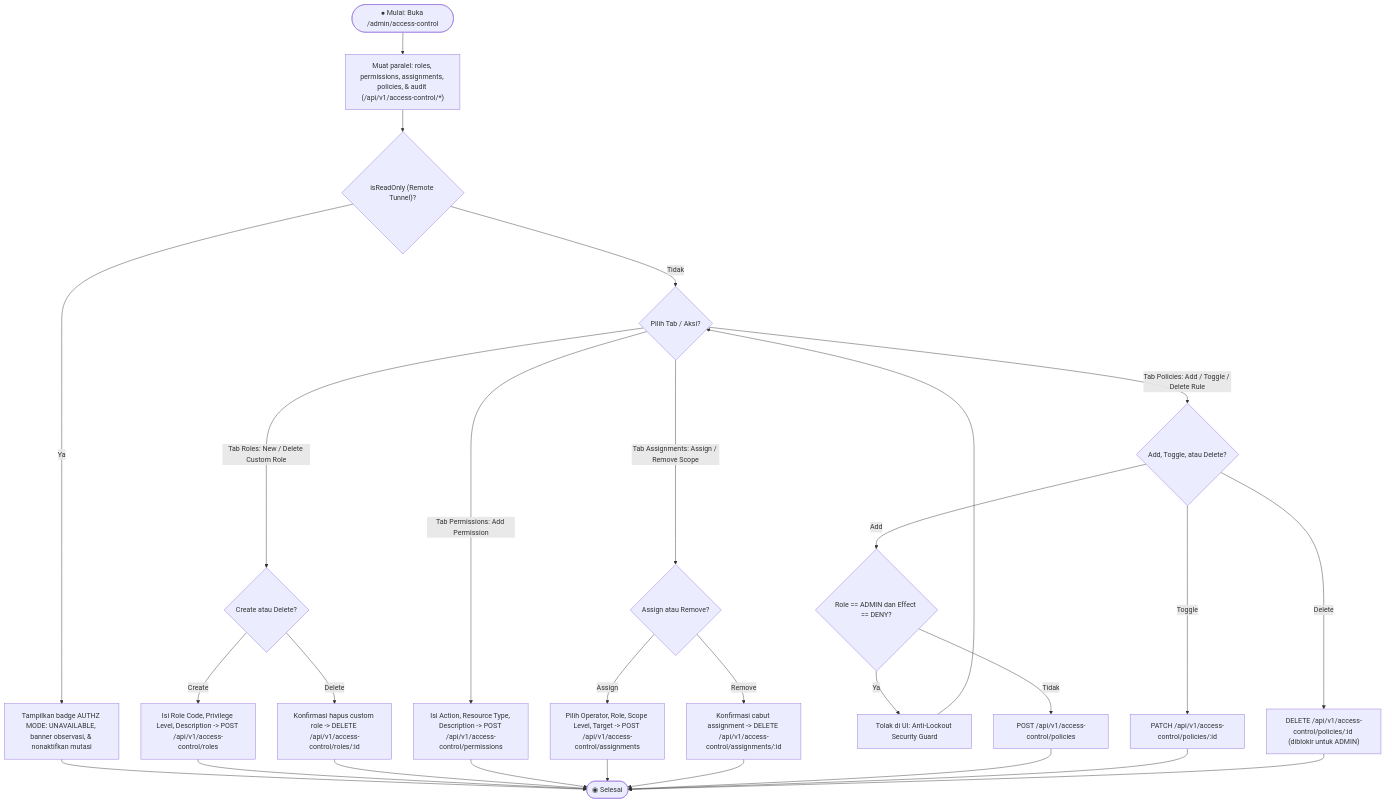
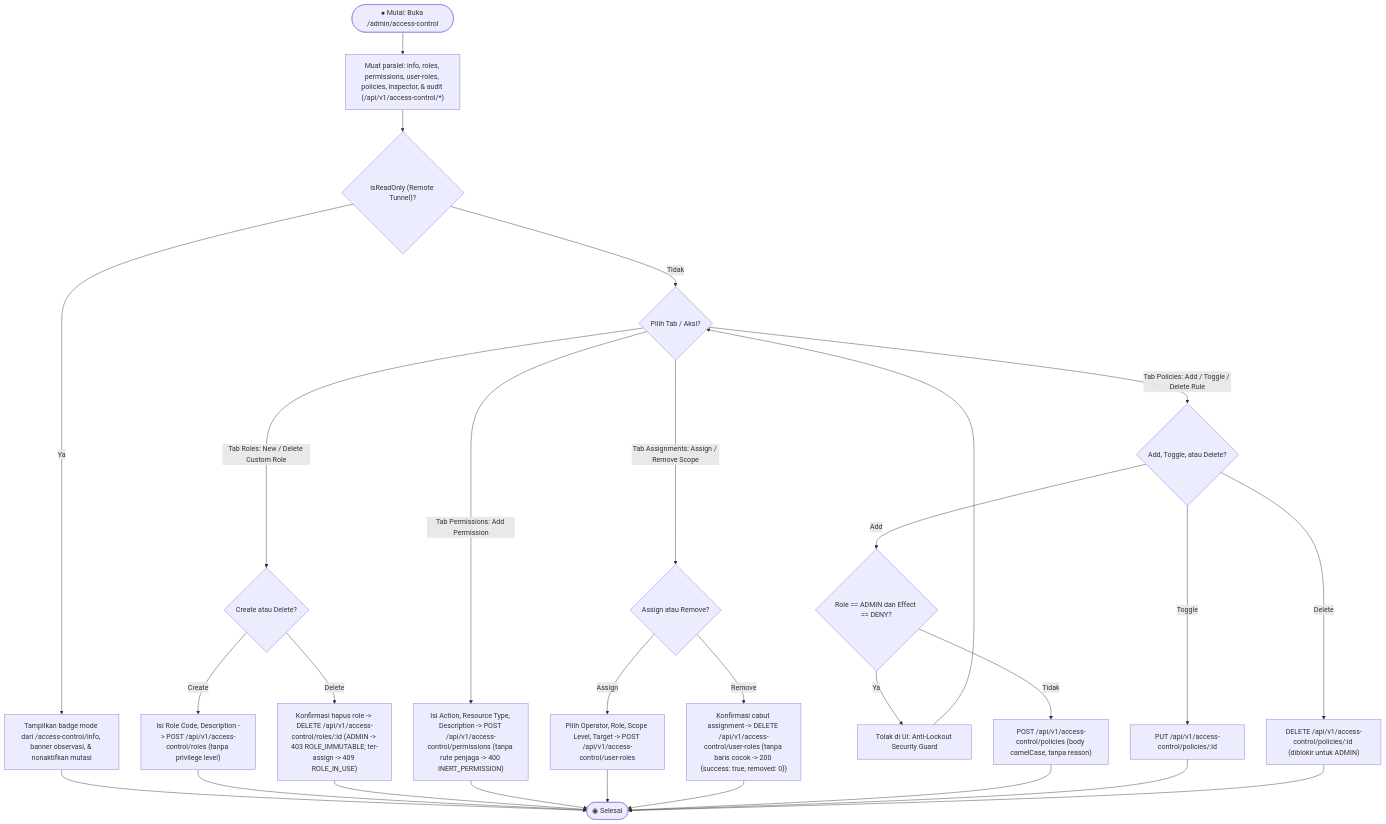
Diagram 19 of 25 in PAGE_DOCUMENTATION.md (affadk/iiot-oee-admin-panel), drawn with Mermaid before and after one commit. The commit also changed other lines of this file and 12 other files, not shown here.

````diff
--- a/PAGE_DOCUMENTATION.md
+++ b/PAGE_DOCUMENTATION.md
@@ -801,34 +833,34 @@
 ```mermaid
 flowchart TD
-    Start(["● Mulai: Buka /admin/access-control"]) --> LoadIAM["Muat paralel: roles, permissions, assignments, policies, & audit (/api/v1/access-control/*)"]
+    Start(["● Mulai: Buka /admin/access-control"]) --> LoadIAM["Muat paralel: info, roles, permissions, user-roles, policies, inspector, & audit (/api/v1/access-control/*)"]
     LoadIAM --> BannerCheck{"isReadOnly (Remote Tunnel)?"}
-    BannerCheck -- Ya --> LockBanner["Tampilkan badge AUTHZ MODE: UNAVAILABLE, banner observasi, & nonaktifkan mutasi"]
+    BannerCheck -- Ya --> LockBanner["Tampilkan badge mode dari /access-control/info, banner observasi, & nonaktifkan mutasi"]
     BannerCheck -- Tidak --> UserAct{"Pilih Tab / Aksi?"}
     LockBanner --> End(["◉ Selesai"])
 
     UserAct -- "Tab Roles: New / Delete Custom Role" --> RoleAction{"Create atau Delete?"}
-    RoleAction -- Create --> ModalRole["Isi Role Code, Privilege Level, Description -> POST /api/v1/access-control/roles"]
-    RoleAction -- Delete --> ConfirmDelRole["Konfirmasi hapus custom role -> DELETE /api/v1/access-control/roles/:id"]
+    RoleAction -- Create --> ModalRole["Isi Role Code, Description -> POST /api/v1/access-control/roles (tanpa privilege level)"]
+    RoleAction -- Delete --> ConfirmDelRole["Konfirmasi hapus role -> DELETE /api/v1/access-control/roles/:id (ADMIN -> 403 ROLE_IMMUTABLE; ter-assign -> 409 ROLE_IN_USE)"]
     ModalRole --> End
     ConfirmDelRole --> End
 
-    UserAct -- "Tab Permissions: Add Permission" --> ModalPerm["Isi Action, Resource Type, Description -> POST /api/v1/access-control/permissions"]
+    UserAct -- "Tab Permissions: Add Permission" --> ModalPerm["Isi Action, Resource Type, Description -> POST /api/v1/access-control/permissions (tanpa rute penjaga -> 400 INERT_PERMISSION)"]
     ModalPerm --> End
 
     UserAct -- "Tab Assignments: Assign / Remove Scope" --> AsgAction{"Assign atau Remove?"}
-    AsgAction -- Assign --> ModalAsg["Pilih Operator, Role, Scope Level, Target -> POST /api/v1/access-control/assignments"]
-    AsgAction -- Remove --> ConfirmDelAsg["Konfirmasi cabut assignment -> DELETE /api/v1/access-control/assignments/:id"]
+    AsgAction -- Assign --> ModalAsg["Pilih Operator, Role, Scope Level, Target -> POST /api/v1/access-control/user-roles"]
+    AsgAction -- Remove --> ConfirmDelAsg["Konfirmasi cabut assignment -> DELETE /api/v1/access-control/user-roles (tanpa baris cocok -> 200 {success: true, removed: 0})"]
     ModalAsg --> End
     ConfirmDelAsg --> End
 
     UserAct -- "Tab Policies: Add / Toggle / Delete Rule" --> PolAction{"Add, Toggle, atau Delete?"}
     PolAction -- Add --> AntiLockout{"Role == ADMIN dan Effect == DENY?"}
     AntiLockout -- Ya --> BlockErr["Tolak di UI: Anti-Lockout Security Guard"]
     BlockErr --> UserAct
-    AntiLockout -- Tidak --> SavePol["POST /api/v1/access-control/policies"]
-    PolAction -- Toggle --> TogglePol["PATCH /api/v1/access-control/policies/:id"]
+    AntiLockout -- Tidak --> SavePol["POST /api/v1/access-control/policies (body camelCase, tanpa reason)"]
+    PolAction -- Toggle --> TogglePol["PUT /api/v1/access-control/policies/:id"]
     PolAction -- Delete --> DelPol["DELETE /api/v1/access-control/policies/:id (diblokir untuk ADMIN)"]
     SavePol --> End
     TogglePol --> End
     DelPol --> End
 ```
````
